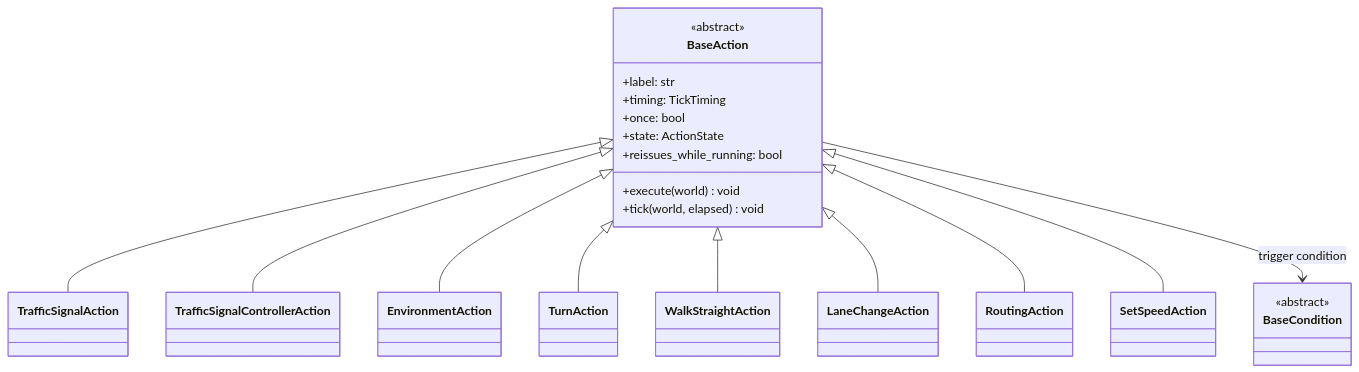
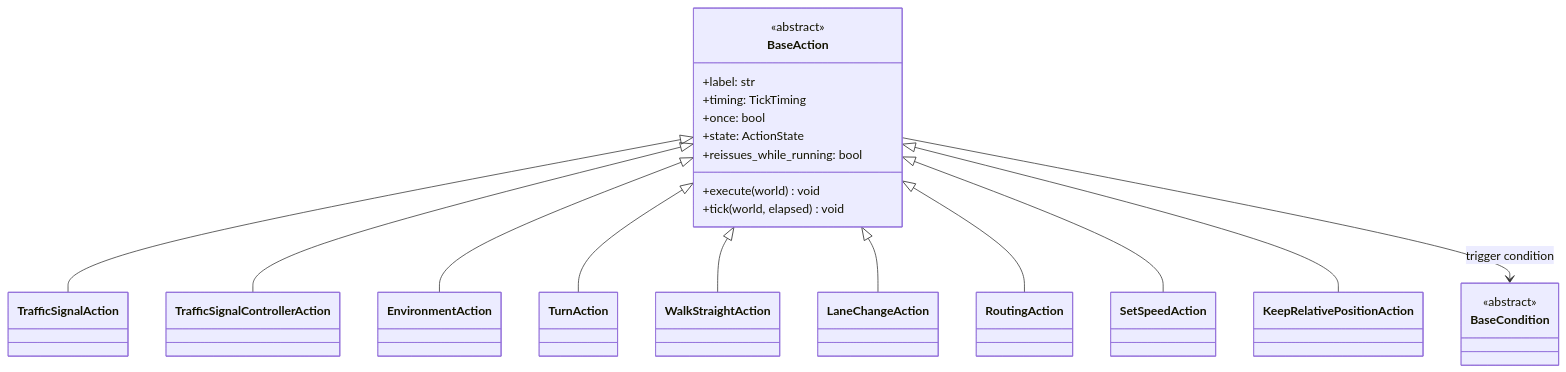
Before and after one commit to autowarefoundation/autoware_carla_scenario: the seventh of 14 diagrams in autoware_carla_scenario/docs/architecture.md, drawn with Mermaid. The commit also changed other lines of this file and 8 other files, not shown here.

First line of the commit message:
feat(actions): keep_relative_position holds a vehicle at a gap every tick

````diff
--- a/autoware_carla_scenario/docs/architecture.md
+++ b/autoware_carla_scenario/docs/architecture.md
@@ -462,36 +462,38 @@
 ```mermaid
 classDiagram
     class BaseAction {
         <<abstract>>
         +label: str
         +timing: TickTiming
         +once: bool
         +state: ActionState
         +reissues_while_running: bool
         +execute(world) void
         +tick(world, elapsed) void
     }
 
     class BaseCondition {
         <<abstract>>
     }
 
     class TrafficSignalAction
     class TrafficSignalControllerAction
     class EnvironmentAction
     class TurnAction
     class WalkStraightAction
     class LaneChangeAction
     class RoutingAction
     class SetSpeedAction
+    class KeepRelativePositionAction
 
     BaseAction <|-- TrafficSignalAction
     BaseAction <|-- TrafficSignalControllerAction
     BaseAction <|-- EnvironmentAction
     BaseAction <|-- TurnAction
     BaseAction <|-- WalkStraightAction
     BaseAction <|-- LaneChangeAction
     BaseAction <|-- RoutingAction
     BaseAction <|-- SetSpeedAction
+    BaseAction <|-- KeepRelativePositionAction
     BaseAction --> BaseCondition : trigger condition
 ```
````
